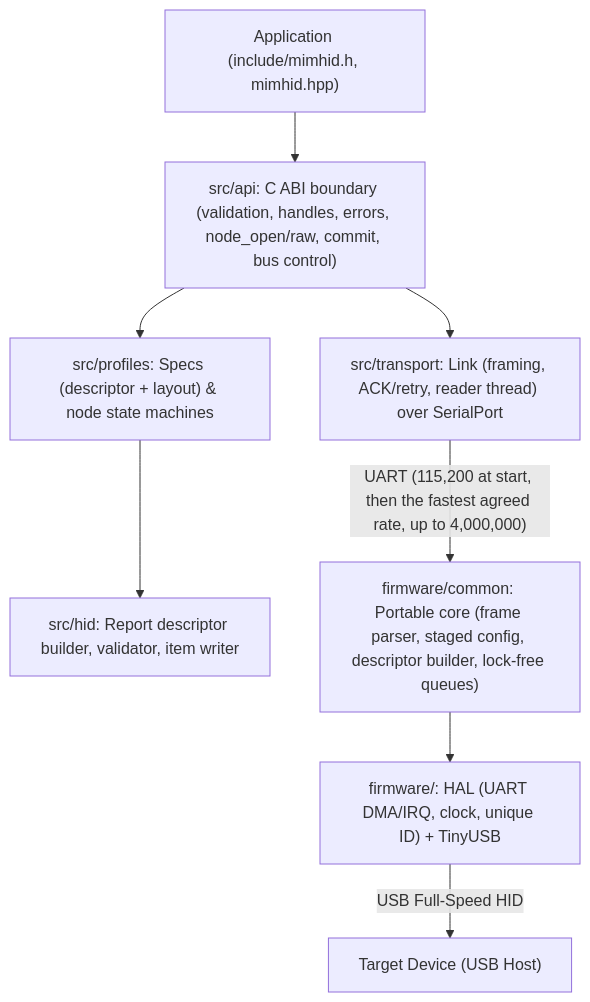
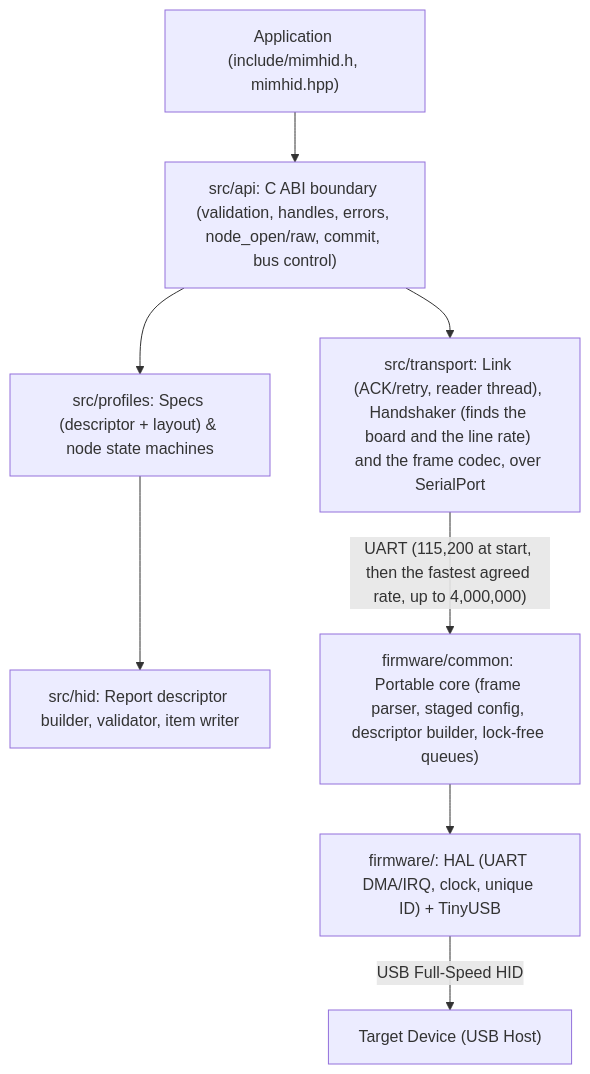
Before and after one commit to nemarpuc/libmimhid: the first of 2 diagrams in docs/ARCHITECTURE.md, drawn with Mermaid. The commit also changed 56 other files, not shown here.

First line of the commit message:
protocol 7: any line rate, found by measurement

````diff
--- a/docs/ARCHITECTURE.md
+++ b/docs/ARCHITECTURE.md
@@ -18,19 +18,19 @@
 ```mermaid
 flowchart TD
     App["Application (include/mimhid.h, mimhid.hpp)"]
     API["src/api: C ABI boundary (validation, handles, errors, node_open/raw, commit, bus control)"]
     Prof["src/profiles: Specs (descriptor + layout) & node state machines"]
     HID["src/hid: Report descriptor builder, validator, item writer"]
-    Trans["src/transport: Link (framing, ACK/retry, reader thread) over SerialPort"]
+    Trans["src/transport: Link (ACK/retry, reader thread), Handshaker (finds the board and the line rate) and the frame codec, over SerialPort"]
     FWCore["firmware/common: Portable core (frame parser, staged config, descriptor builder, lock-free queues)"]
     HAL["firmware/<port>: HAL (UART DMA/IRQ, clock, unique ID) + TinyUSB"]
     Target["Target Device (USB Host)"]
 
     App --> API
     API --> Prof
     Prof --> HID
     API --> Trans
     Trans -->|"UART (115,200 at start, then the fastest agreed rate, up to 4,000,000)"| FWCore
     FWCore --> HAL
     HAL -->|"USB Full-Speed HID"| Target
 ```
````
